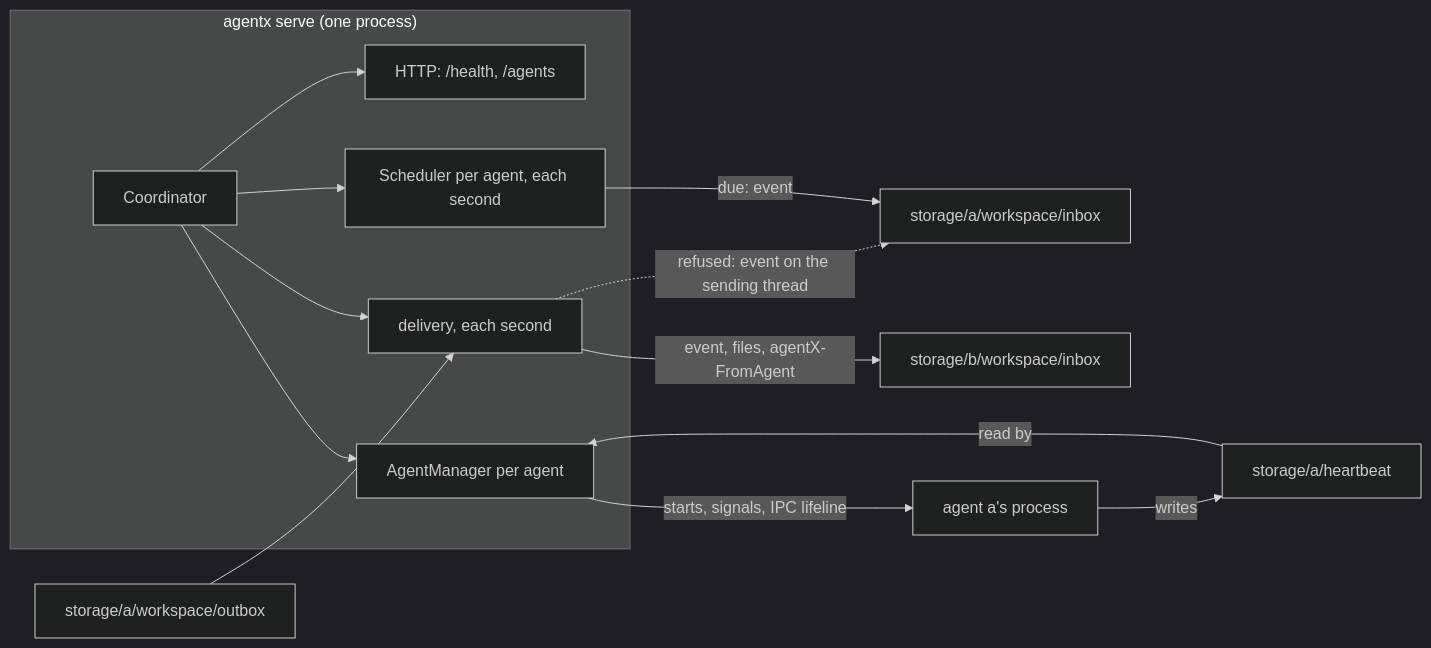
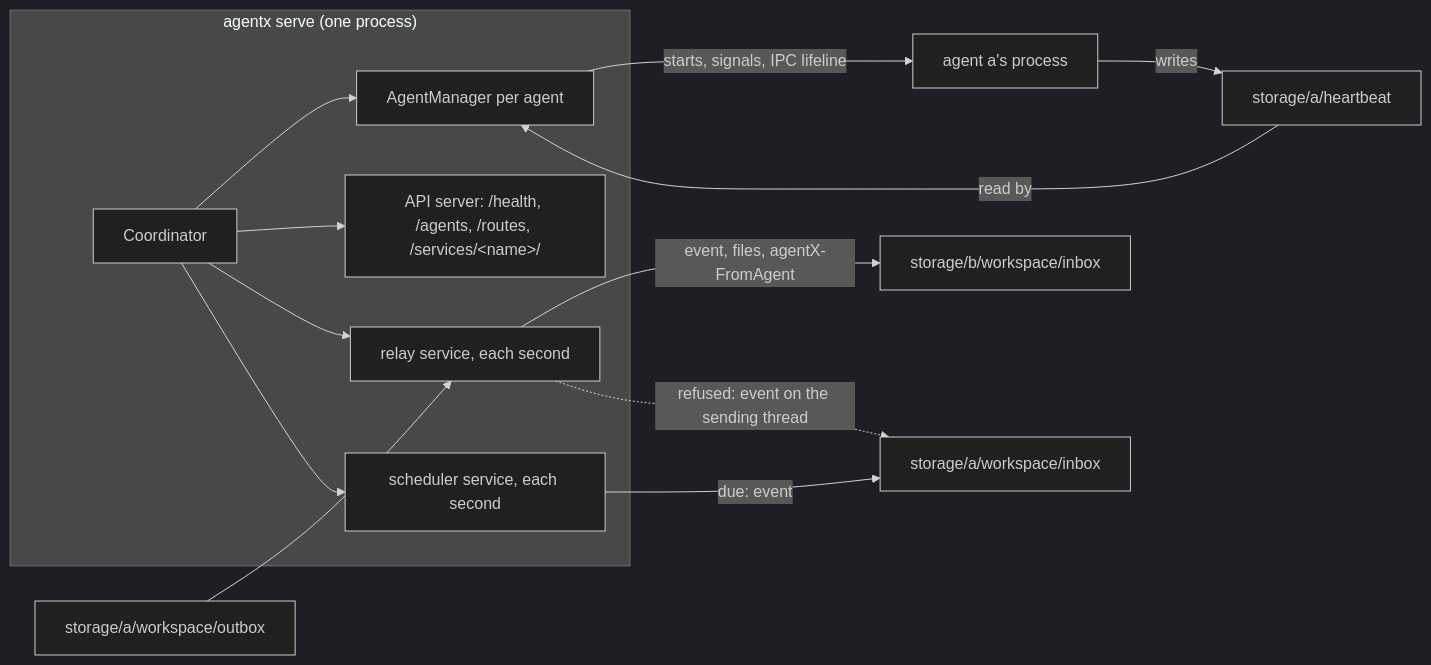
One commit to cognisphere-sh/agent-x changed the diagram in docs/architecture/coordinator-runtime/README.md. Above: the diagram before and after it, drawn with Mermaid (dark theme). The commit also changed other lines of this file and 45 other files, not shown here.

````diff
--- a/docs/architecture/coordinator-runtime/README.md
+++ b/docs/architecture/coordinator-runtime/README.md
@@ -16,11 +21,12 @@
 ```mermaid
 flowchart LR
   subgraph SERVE["agentx serve (one process)"]
-    C["Coordinator"] --> M["AgentManager per agent"] & D["delivery, each second"] & S["Scheduler per agent, each second"] & H["HTTP: /health, /agents"]
+    C["Coordinator"] --> M["AgentManager per agent"] & H["API server: /health, /agents, /routes, /services/&lt;name&gt;/"]
+    C --> D["relay service, each second"] & S["scheduler service, each second"]
   end
   M -- "starts, signals, IPC lifeline" --> A["agent a's process"]
   A -- "writes" --> HB["storage/a/heartbeat"] -- "read by" --> M
   OA["storage/a/workspace/outbox"] --> D -- "event, files, agentX-FromAgent" --> IB["storage/b/workspace/inbox"]
   D -. "refused: event on the sending thread" .-> IA["storage/a/workspace/inbox"]
   S -- "due: event" --> IA
 ```
````
